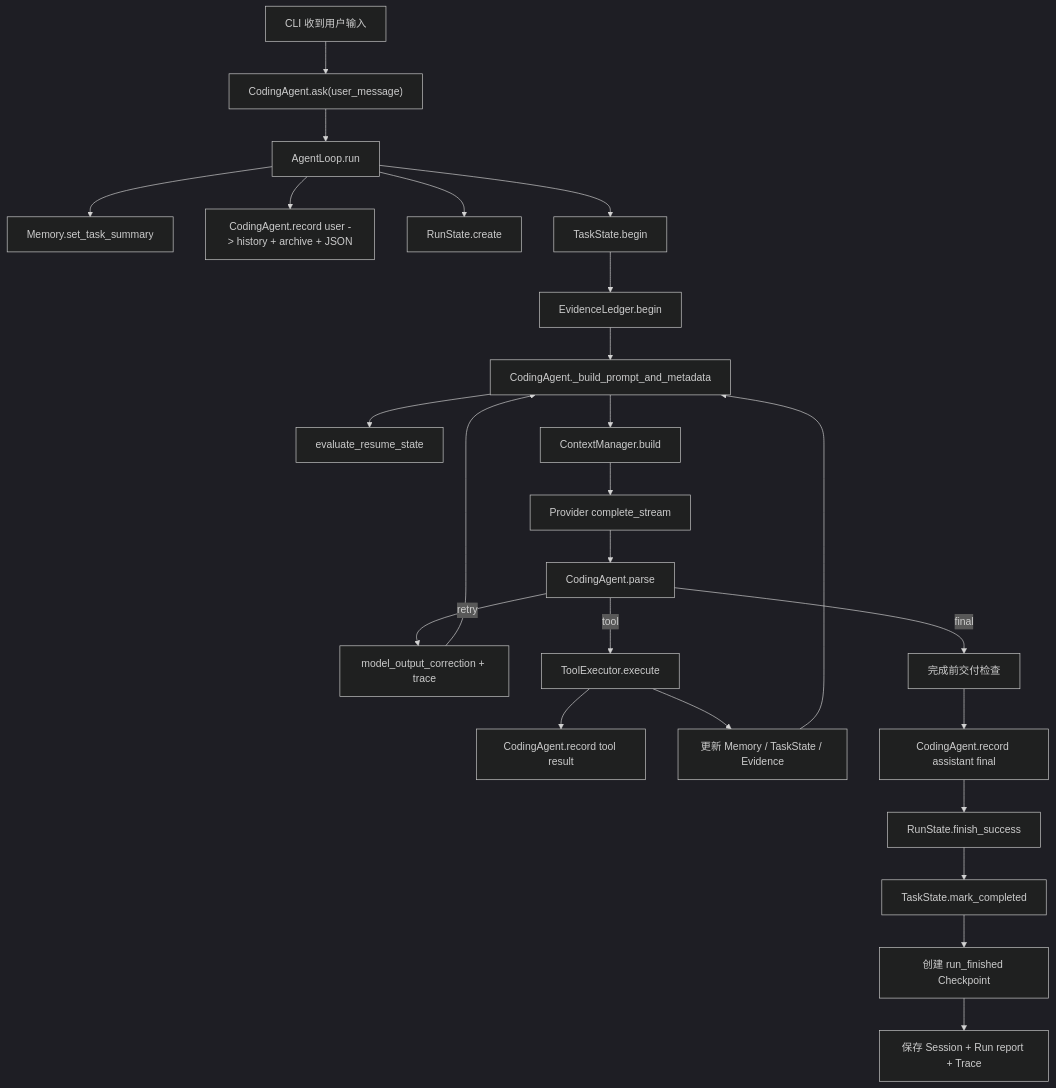
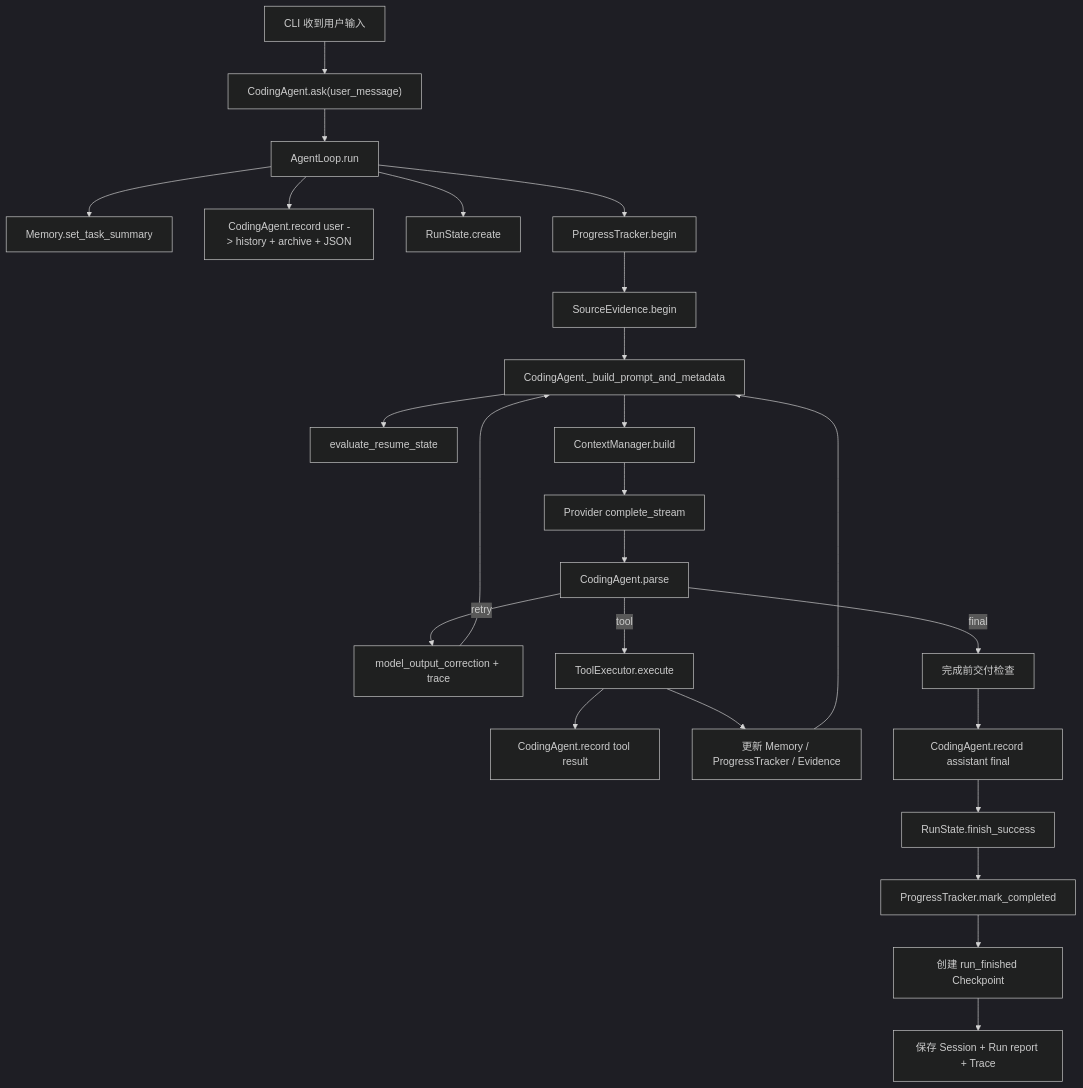
Before and after one commit to zeus040808/Jaxen-Code: the second of 2 diagrams in docs/architecture/session-and-failure.md, drawn with Mermaid (dark theme). The commit also changed other lines of this file and 289 other files, not shown here.

````diff
--- a/docs/architecture/session-and-failure.md
+++ b/docs/architecture/session-and-failure.md
@@ -1023,27 +1022,27 @@
 ```mermaid
 flowchart TD
     A["CLI 收到用户输入"] --> B["CodingAgent.ask(user_message)"]
     B --> C["AgentLoop.run"]
     C --> D["Memory.set_task_summary"]
     C --> E["CodingAgent.record user -> history + archive + JSON"]
     C --> F["RunState.create"]
-    C --> G["TaskState.begin"]
-    G --> H["EvidenceLedger.begin"]
+    C --> G["ProgressTracker.begin"]
+    G --> H["SourceEvidence.begin"]
     H --> I["CodingAgent._build_prompt_and_metadata"]
     I --> J["evaluate_resume_state"]
     I --> K["ContextManager.build"]
     K --> L["Provider complete_stream"]
     L --> M["CodingAgent.parse"]
     M -- "retry" --> N["model_output_correction + trace"]
     N --> I
     M -- "tool" --> O["ToolExecutor.execute"]
     O --> P["CodingAgent.record tool result"]
-    O --> Q["更新 Memory / TaskState / Evidence"]
+    O --> Q["更新 Memory / ProgressTracker / Evidence"]
     Q --> I
     M -- "final" --> R["完成前交付检查"]
     R --> S["CodingAgent.record assistant final"]
     S --> T["RunState.finish_success"]
-    T --> U["TaskState.mark_completed"]
+    T --> U["ProgressTracker.mark_completed"]
     U --> V["创建 run_finished Checkpoint"]
     V --> W["保存 Session + Run report + Trace"]
 ```
````
